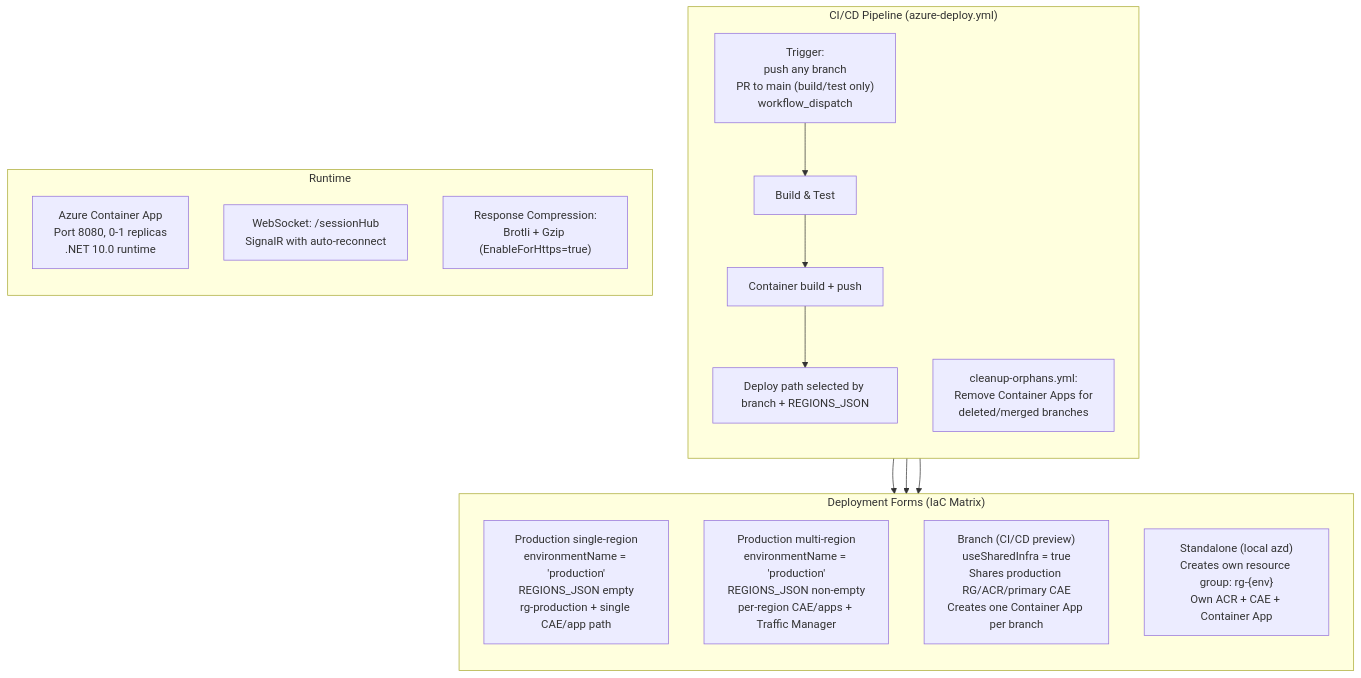
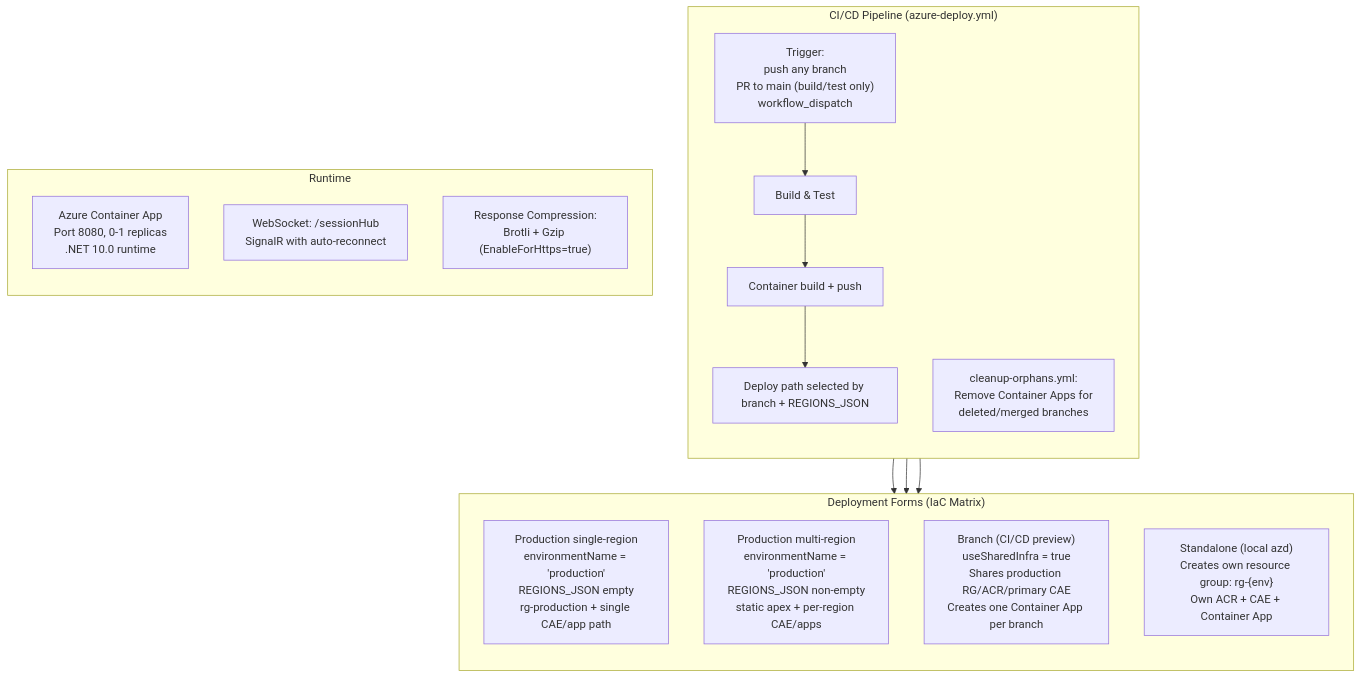
Diagram 36 of 36 in ARCHITECTURE.md (badvoidstar/astervoids), drawn with Mermaid before and after one commit. The commit also changed other lines of this file and 11 other files, not shown here.

First line of the commit message:
Implement static apex routing and automate SWA publish token

````diff
--- a/ARCHITECTURE.md
+++ b/ARCHITECTURE.md
@@ -1710,31 +1710,31 @@
 ```mermaid
 flowchart TB
     subgraph "Deployment Forms (IaC Matrix)"
         direction TB
         PROD1["Production single-region<br/>environmentName = 'production'<br/>REGIONS_JSON empty<br/>rg-production + single CAE/app path"]
-        PRODN["Production multi-region<br/>environmentName = 'production'<br/>REGIONS_JSON non-empty<br/>per-region CAE/apps + Traffic Manager"]
+        PRODN["Production multi-region<br/>environmentName = 'production'<br/>REGIONS_JSON non-empty<br/>static apex + per-region CAE/apps"]
         BRANCH["Branch (CI/CD preview)<br/>useSharedInfra = true<br/>Shares production RG/ACR/primary CAE<br/>Creates one Container App per branch"]
         STANDALONE["Standalone (local azd)<br/>Creates own resource group: rg-{env}<br/>Own ACR + CAE + Container App"]
     end
 
     subgraph "CI/CD Pipeline (azure-deploy.yml)"
         direction TB
         TRIGGER["Trigger:<br/>push any branch<br/>PR to main (build/test only)<br/>workflow_dispatch"]
         BUILD["Build & Test"]
         DOCKER["Container build + push"]
         DEPLOY["Deploy path selected by branch + REGIONS_JSON"]
         CLEANUP["cleanup-orphans.yml:<br/>Remove Container Apps for<br/>deleted/merged branches"]
     end
 
     subgraph "Runtime"
         direction TB
         CA["Azure Container App<br/>Port 8080, 0-1 replicas<br/>.NET 10.0 runtime"]
         WS["WebSocket: /sessionHub<br/>SignalR with auto-reconnect"]
         COMP["Response Compression:<br/>Brotli + Gzip (EnableForHttps=true)"]
     end
 
     TRIGGER --> BUILD --> DOCKER --> DEPLOY
     DEPLOY --> PROD1
     DEPLOY --> PRODN
     DEPLOY --> BRANCH
 ```
````
